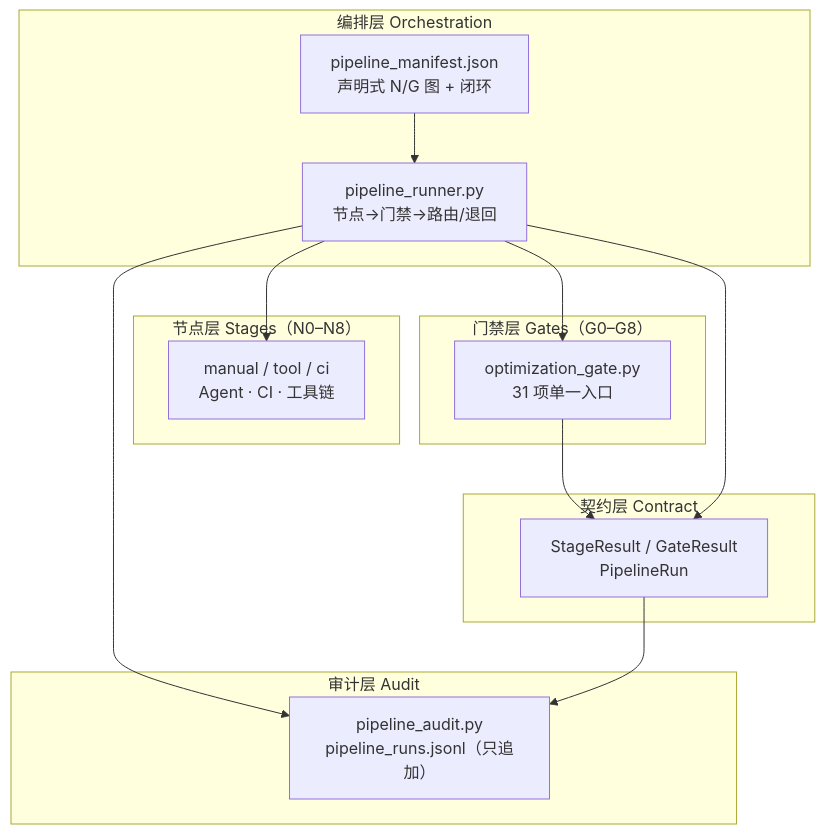
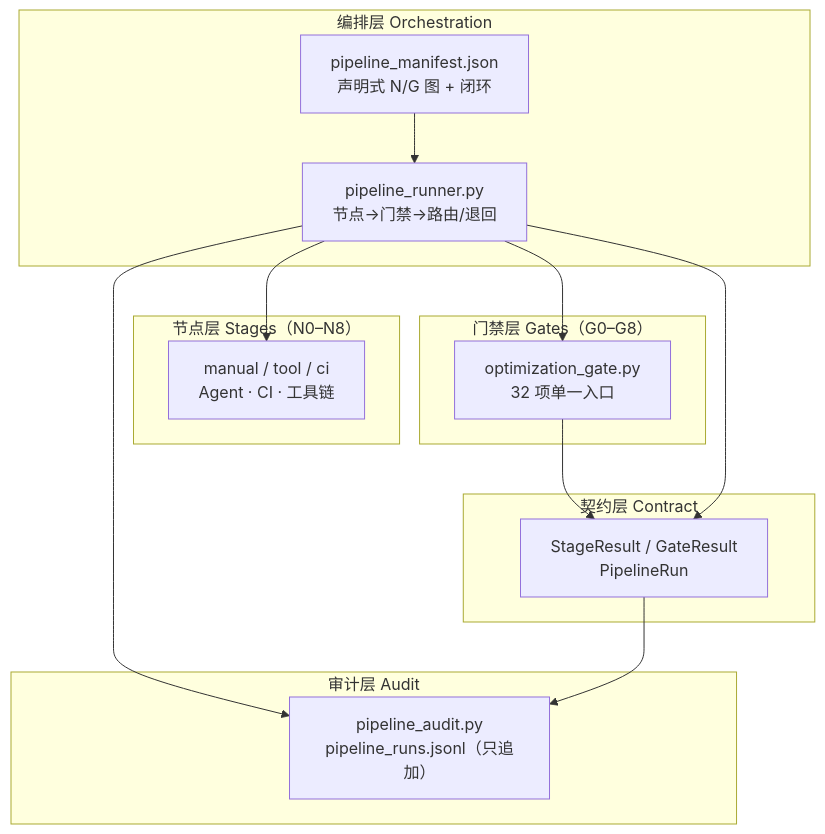
Before and after one commit to hmbphxkw76-byte/tech-context-digest: the diagram in engine/docs/report-pipeline-implementation-plan.md, drawn with Mermaid. The commit also changed other lines of this file and 30 other files, not shown here.

````diff
--- a/engine/docs/report-pipeline-implementation-plan.md
+++ b/engine/docs/report-pipeline-implementation-plan.md
@@ -24,26 +24,26 @@
 ```mermaid
 flowchart TB
     subgraph ORCH["编排层 Orchestration"]
         M["pipeline_manifest.json<br/>声明式 N/G 图 + 闭环"]
         R["pipeline_runner.py<br/>节点→门禁→路由/退回"]
     end
     subgraph STAGE["节点层 Stages（N0–N8）"]
         S["manual / tool / ci<br/>Agent · CI · 工具链"]
     end
     subgraph GATE["门禁层 Gates（G0–G8）"]
-        OG["optimization_gate.py<br/>31 项单一入口"]
+        OG["optimization_gate.py<br/>32 项单一入口"]
     end
     subgraph CONTRACT["契约层 Contract"]
         C["StageResult / GateResult<br/>PipelineRun"]
     end
     subgraph AUDIT["审计层 Audit"]
         A["pipeline_audit.py<br/>pipeline_runs.jsonl（只追加）"]
     end
     M --> R
     R --> S
     R --> OG
     OG --> C
     R --> C
     R --> A
     C --> A
 ```
````
